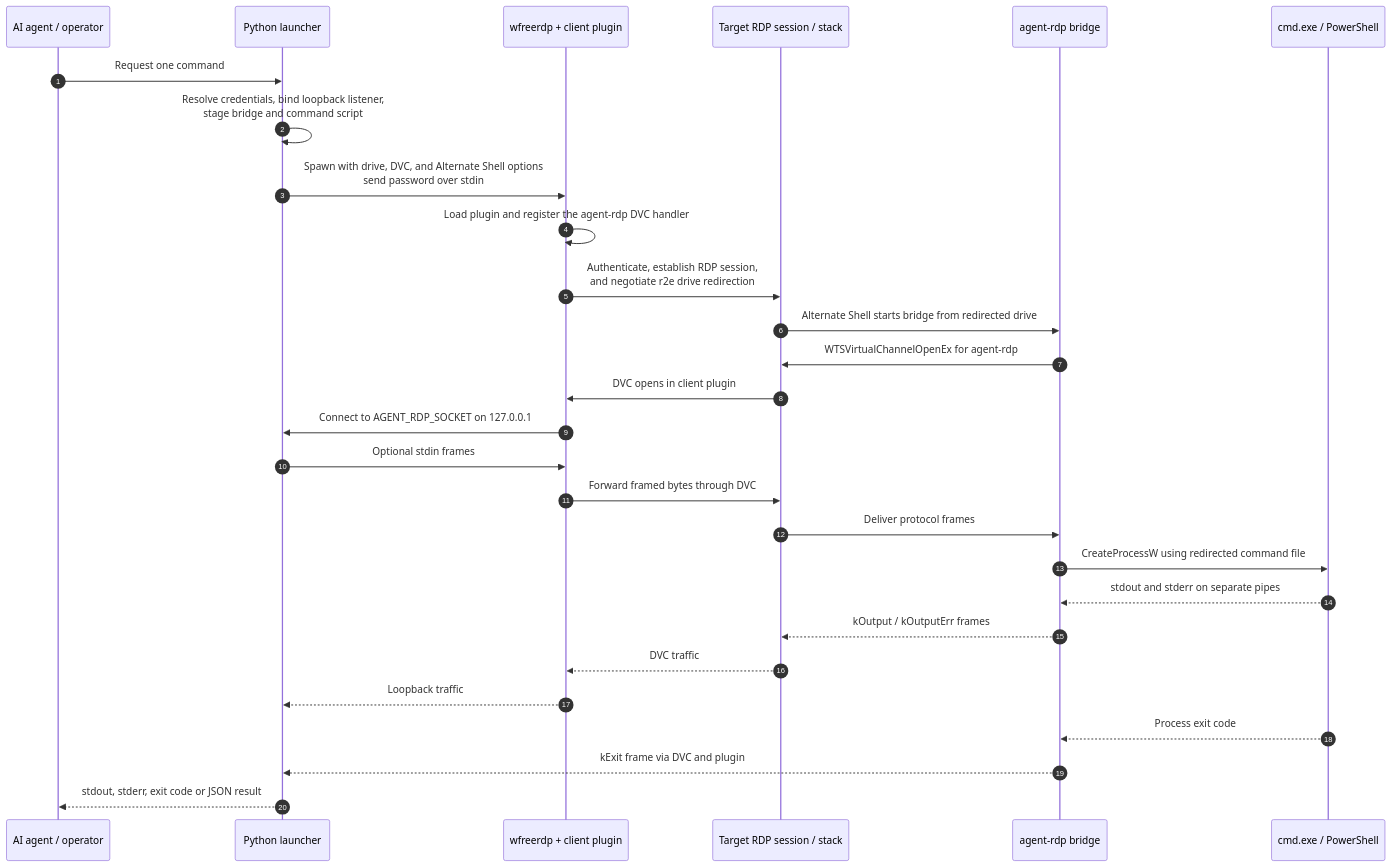
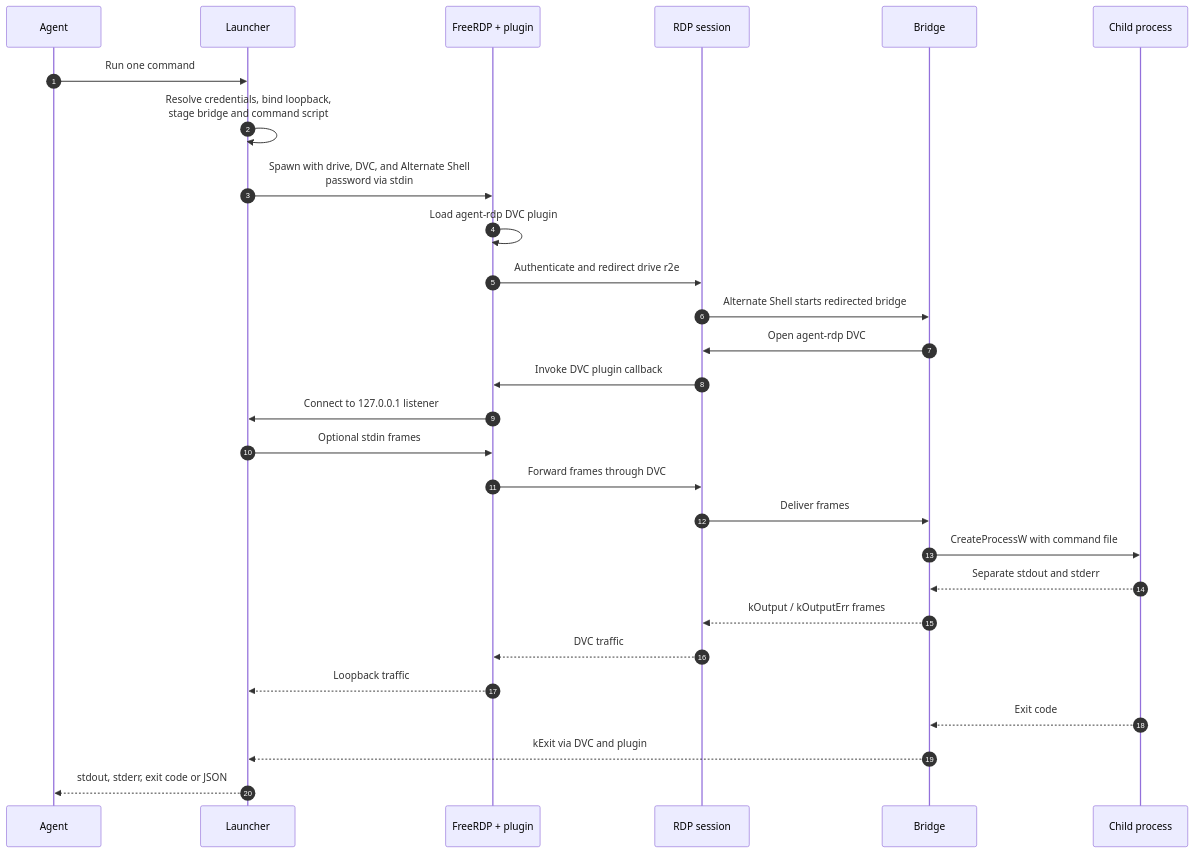
Before and after one commit to Hubert-Rybak/agent-rdp: the second of 2 diagrams in README.md, drawn with Mermaid. The commit also changed other lines of this file, not shown here.

Commit message:
[verified] docs: improve inline diagram readability

````diff
--- a/README.md
+++ b/README.md
@@ -213,31 +213,31 @@
 ```mermaid
 sequenceDiagram
     autonumber
-    participant A as AI agent / operator
-    participant L as Python launcher
-    participant F as wfreerdp + client plugin
-    participant R as Target RDP session / stack
-    participant B as agent-rdp bridge
-    participant C as cmd.exe / PowerShell
+    participant A as Agent
+    participant L as Launcher
+    participant F as FreeRDP + plugin
+    participant R as RDP session
+    participant B as Bridge
+    participant C as Child process
 
-    A->>L: Request one command
-    L->>L: Resolve credentials, bind loopback listener,<br/>stage bridge and command script
-    L->>F: Spawn with drive, DVC, and Alternate Shell options<br/>send password over stdin
-    F->>F: Load plugin and register the agent-rdp DVC handler
-    F->>R: Authenticate, establish RDP session,<br/>and negotiate r2e drive redirection
-    R->>B: Alternate Shell starts bridge from redirected drive
-    B->>R: WTSVirtualChannelOpenEx for agent-rdp
-    R->>F: DVC opens in client plugin
-    F->>L: Connect to AGENT_RDP_SOCKET on 127.0.0.1
+    A->>L: Run one command
+    L->>L: Resolve credentials, bind loopback,<br/>stage bridge and command script
+    L->>F: Spawn with drive, DVC, and Alternate Shell<br/>password via stdin
+    F->>F: Load agent-rdp DVC plugin
+    F->>R: Authenticate and redirect drive r2e
+    R->>B: Alternate Shell starts redirected bridge
+    B->>R: Open agent-rdp DVC
+    R->>F: Invoke DVC plugin callback
+    F->>L: Connect to 127.0.0.1 listener
     L->>F: Optional stdin frames
-    F->>R: Forward framed bytes through DVC
-    R->>B: Deliver protocol frames
-    B->>C: CreateProcessW using redirected command file
-    C-->>B: stdout and stderr on separate pipes
+    F->>R: Forward frames through DVC
+    R->>B: Deliver frames
+    B->>C: CreateProcessW with command file
+    C-->>B: Separate stdout and stderr
     B-->>R: kOutput / kOutputErr frames
     R-->>F: DVC traffic
     F-->>L: Loopback traffic
-    C-->>B: Process exit code
-    B-->>L: kExit frame via DVC and plugin
-    L-->>A: stdout, stderr, exit code or JSON result
+    C-->>B: Exit code
+    B-->>L: kExit via DVC and plugin
+    L-->>A: stdout, stderr, exit code or JSON
 ```
````
